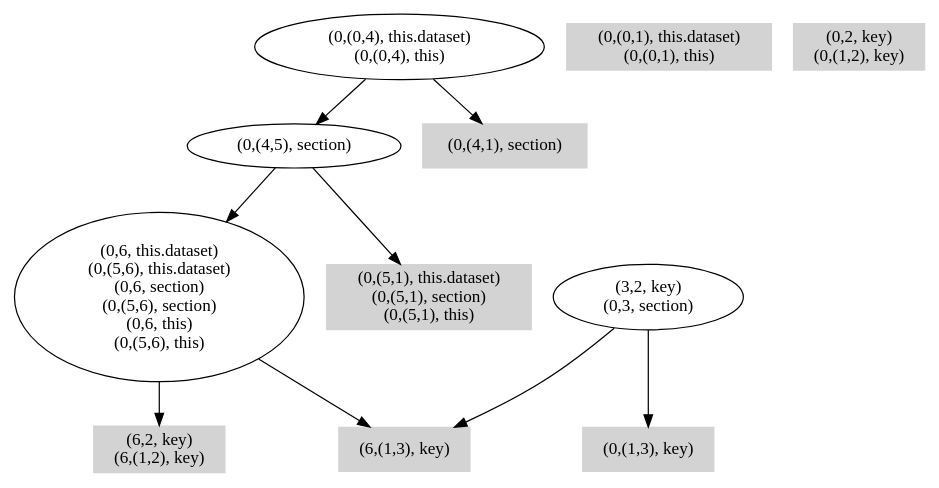
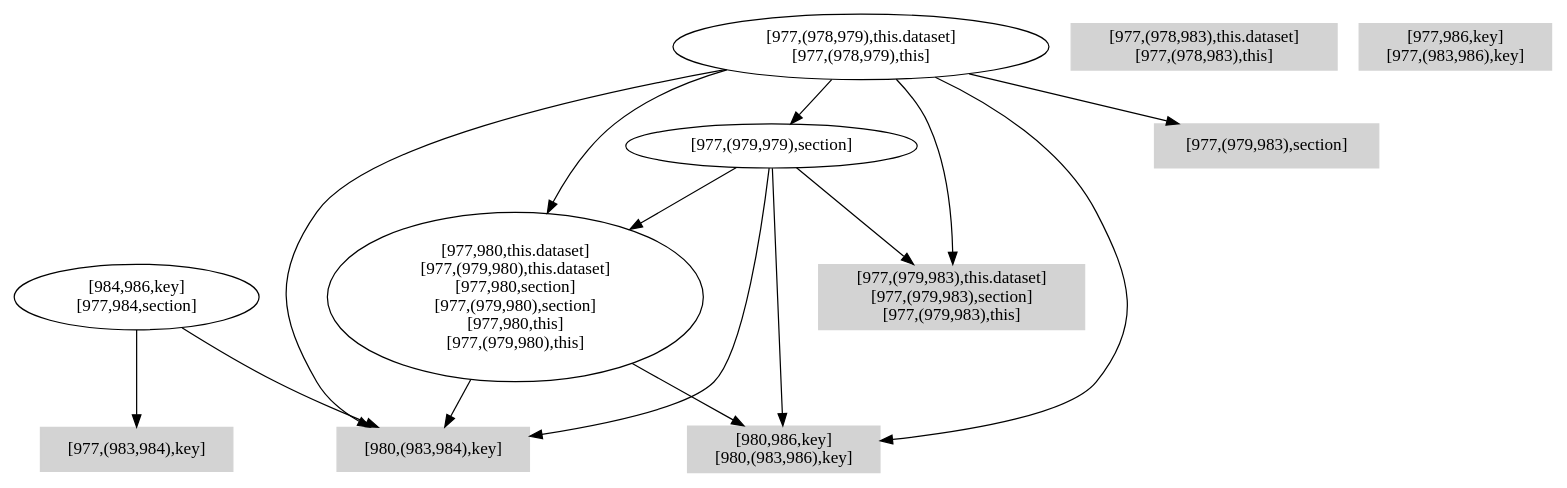
The diagram in data/PiePlot/getSectionKey.dot (icst2021satool/source-code), drawn with Graphviz before and after one commit. The commit also changed 737 other files, not shown here.

Commit message:
Removed code to trim the edges of the subsumption graph. It is costly and is not needed to calculted the unconstrained DUAs

```diff
--- a/data/PiePlot/getSectionKey.dot
+++ b/data/PiePlot/getSectionKey.dot
@@ -1,21 +1,27 @@
 digraph { 
-3364 [shape=box,style=filled,color=".0 .0 .83",label="(6,(1,3), key)"];
-3365 [shape=box,style=filled,color=".0 .0 .83",label="(6,2, key)\n(6,(1,2), key)"];
-3366 [label="(0,6, this.dataset)\n(0,(5,6), this.dataset)\n(0,6, section)\n(0,(5,6), section)\n(0,6, this)\n(0,(5,6), this)"];
-3367 [shape=box,style=filled,color=".0 .0 .83",label="(0,(5,1), this.dataset)\n(0,(5,1), section)\n(0,(5,1), this)"];
-3368 [label="(0,(4,5), section)"];
-3369 [shape=box,style=filled,color=".0 .0 .83",label="(0,(4,1), section)"];
-3370 [label="(0,(0,4), this.dataset)\n(0,(0,4), this)"];
-3371 [shape=box,style=filled,color=".0 .0 .83",label="(0,(0,1), this.dataset)\n(0,(0,1), this)"];
-3372 [shape=box,style=filled,color=".0 .0 .83",label="(0,(1,3), key)"];
-3373 [label="(3,2, key)\n(0,3, section)"];
-3374 [shape=box,style=filled,color=".0 .0 .83",label="(0,2, key)\n(0,(1,2), key)"];
-3366 -> 3364;
-3366 -> 3365;
-3368 -> 3366;
-3368 -> 3367;
-3370 -> 3368;
-3370 -> 3369;
-3373 -> 3364;
-3373 -> 3372;
+3844 [shape=box,style=filled,color=".0 .0 .83",label="[980,(983,984),key]"];
+3845 [shape=box,style=filled,color=".0 .0 .83",label="[980,986,key]\n[980,(983,986),key]"];
+3846 [label="[977,980,this.dataset]\n[977,(979,980),this.dataset]\n[977,980,section]\n[977,(979,980),section]\n[977,980,this]\n[977,(979,980),this]"];
+3847 [shape=box,style=filled,color=".0 .0 .83",label="[977,(979,983),this.dataset]\n[977,(979,983),section]\n[977,(979,983),this]"];
+3848 [label="[977,(979,979),section]"];
+3849 [shape=box,style=filled,color=".0 .0 .83",label="[977,(979,983),section]"];
+3850 [label="[977,(978,979),this.dataset]\n[977,(978,979),this]"];
+3851 [shape=box,style=filled,color=".0 .0 .83",label="[977,(978,983),this.dataset]\n[977,(978,983),this]"];
+3852 [shape=box,style=filled,color=".0 .0 .83",label="[977,(983,984),key]"];
+3853 [label="[984,986,key]\n[977,984,section]"];
+3854 [shape=box,style=filled,color=".0 .0 .83",label="[977,986,key]\n[977,(983,986),key]"];
+3846 -> 3844;
+3846 -> 3845;
+3848 -> 3844;
+3848 -> 3845;
+3848 -> 3846;
+3848 -> 3847;
+3850 -> 3844;
+3850 -> 3845;
+3850 -> 3846;
+3850 -> 3847;
+3850 -> 3848;
+3850 -> 3849;
+3853 -> 3844;
+3853 -> 3852;
 }
```
